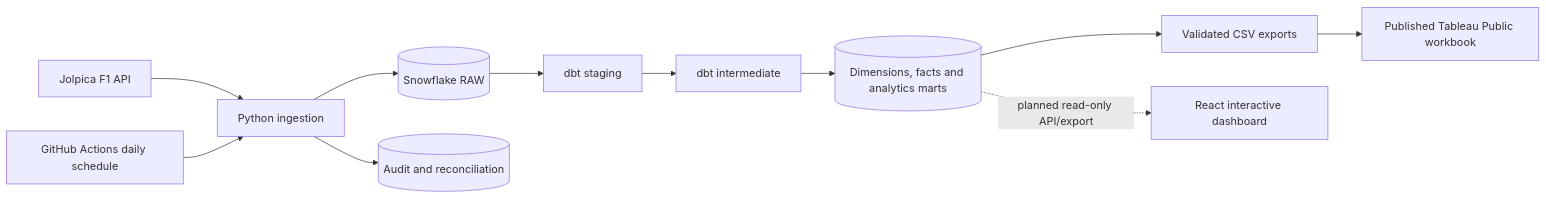
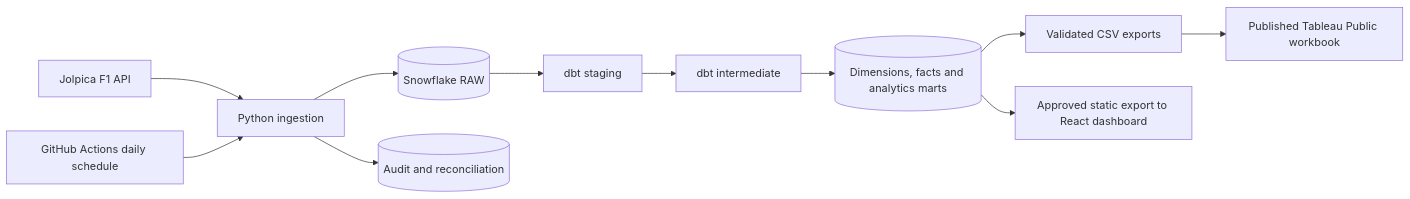
One commit to boseaditya1994/formula1-analytics-engineering changed the diagram in README.md. Above: the diagram before and after it, drawn with Mermaid. The commit also changed other lines of this file and 89 other files, not shown here.

Commit message:
feat: expand and harden React dashboard

````diff
--- a/README.md
+++ b/README.md
@@ -7,13 +7,13 @@
 ```mermaid
 flowchart LR
     API[Jolpica F1 API] --> PY[Python ingestion]
     PY --> RAW[(Snowflake RAW)]
     RAW --> STG[dbt staging]
     STG --> INT[dbt intermediate]
     INT --> MART[(Dimensions, facts and analytics marts)]
     MART --> CSV[Validated CSV exports]
     CSV --> BI[Published Tableau Public workbook]
-    MART -. planned read-only API/export .-> REACT[React interactive dashboard]
+    MART --> REACT[Approved static export to React dashboard]
     GHA[GitHub Actions daily schedule] --> PY
     PY --> AUDIT[(Audit and reconciliation)]
 ```
````
